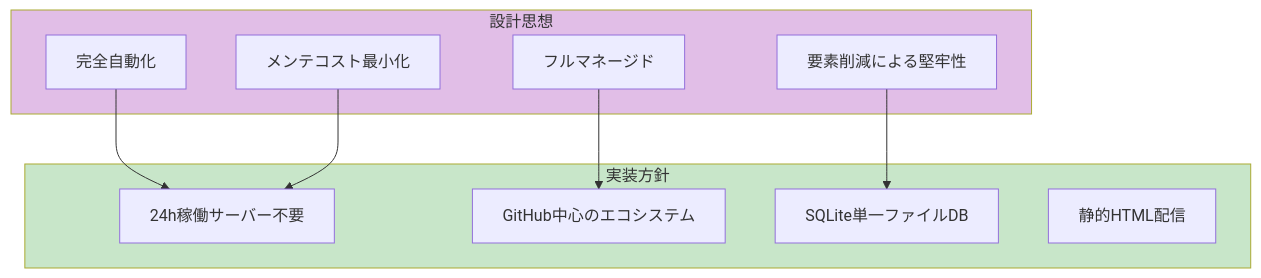
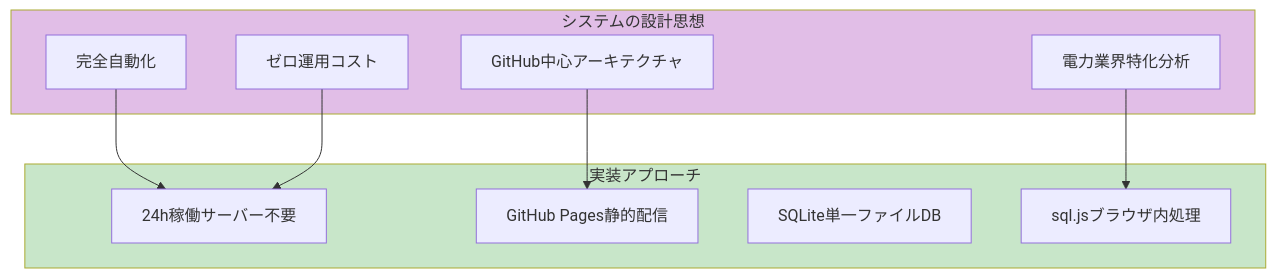
One commit to J1921604/stock-analysis changed the first of 19 diagrams in specs/001-stock-analysis-system/spec.md. Above: the diagram before and after it, drawn with Mermaid. The commit also changed other lines of this file and 35 other files, not shown here.

````diff
--- a/specs/001-stock-analysis-system/spec.md
+++ b/specs/001-stock-analysis-system/spec.md
@@ -39,24 +122,24 @@
 ```mermaid
 flowchart TB
-    subgraph philosophy["設計思想"]
+    subgraph philosophy["システムの設計思想"]
         A[完全自動化]
-        B[メンテコスト最小化]
-        C[フルマネージド]
-        D[要素削減による堅牢性]
+        B[ゼロ運用コスト]
+        C[GitHub中心アーキテクチャ]
+        D[電力業界特化分析]
     end
     
-    subgraph implementation["実装方針"]
+    subgraph implementation["実装アプローチ"]
         E[24h稼働サーバー不要]
-        F[GitHub中心のエコシステム]
+        F[GitHub Pages静的配信]
         G[SQLite単一ファイルDB]
-        H[静的HTML配信]
+        H[sql.jsブラウザ内処理]
     end
     
     A --> E
     B --> E
     C --> F
-    D --> G
+    D --> H
     
     style philosophy fill:#e1bee7
     style implementation fill:#c8e6c9
 ```
````
